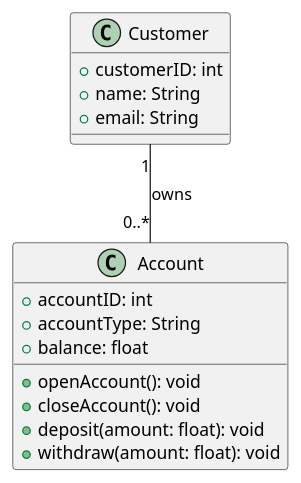
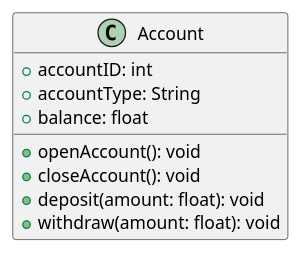
Before and after one commit to pratheeshsailor/Pratheesh-Amazon-Atlas-batch-2: the diagram in Project- Banking_Transaction_System_Pratheesh K/Day2_Design_UML/src/Account.puml, drawn with PlantUML. The commit also changed 6 other files, not shown here.

```diff
--- a/Project- Banking_Transaction_System_Pratheesh K/Day2_Design_UML/src/Account.puml
+++ b/Project- Banking_Transaction_System_Pratheesh K/Day2_Design_UML/src/Account.puml
@@ -1,19 +1,12 @@
 @startuml
-class Customer {
-    +customerID: int
-    +name: String
-    +email: String
-}
-
 class Account {
     +accountID: int
     +accountType: String
     +balance: float
+
     +openAccount(): void
     +closeAccount(): void
     +deposit(amount: float): void
     +withdraw(amount: float): void
 }
-
-Customer "1" -- "0..*" Account : owns
 @enduml
```
